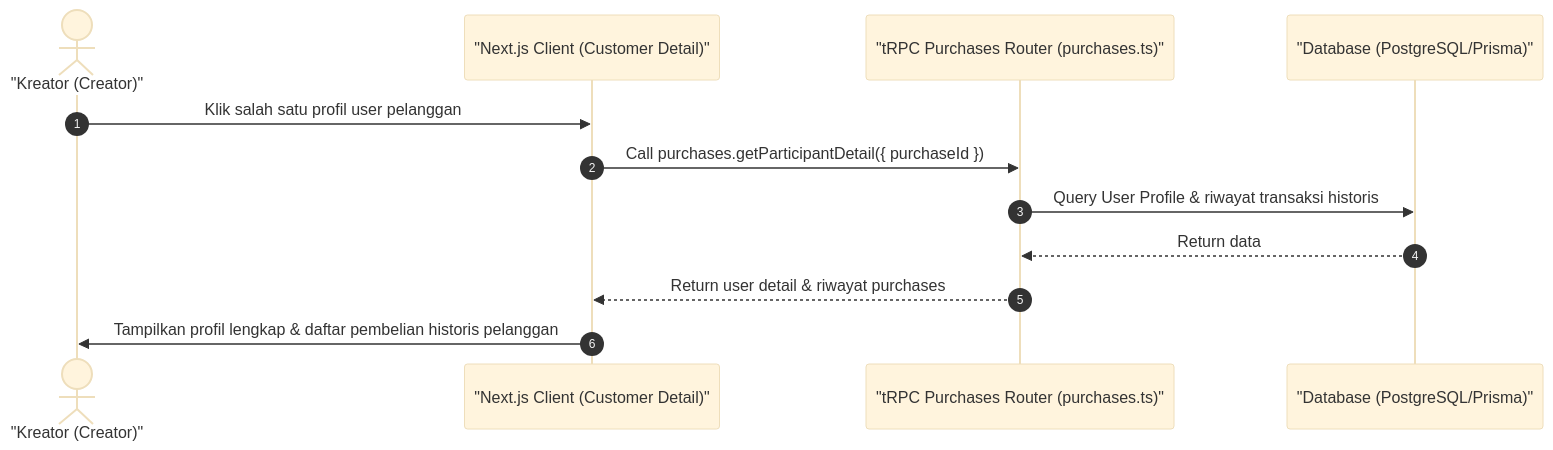
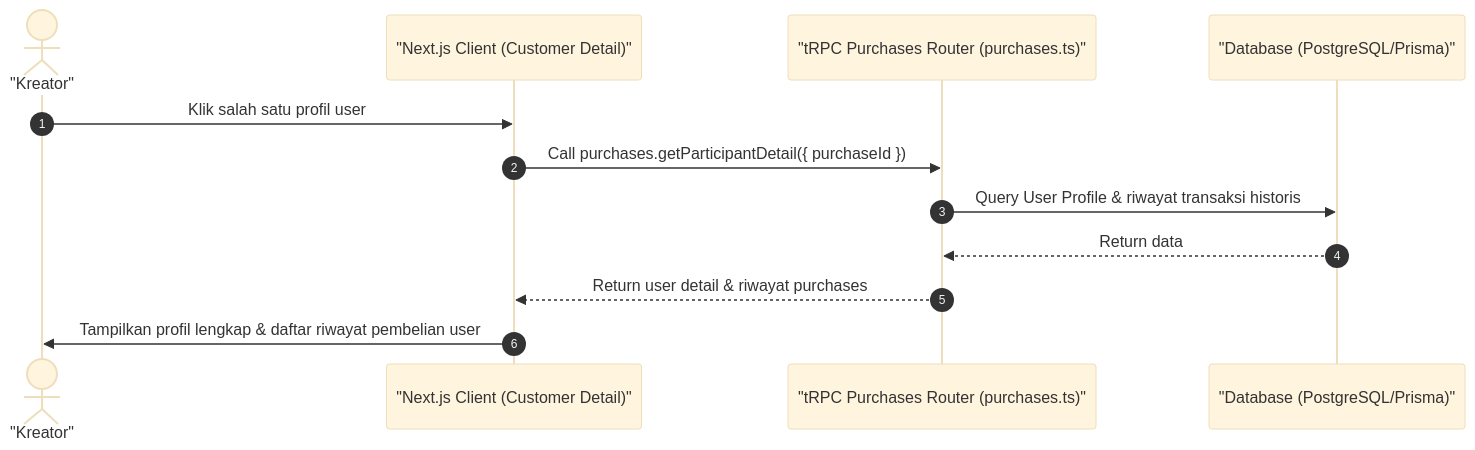
One commit to luputer/CuanIN changed the diagram in docs/26-creator-user-detail.md. Above: the diagram before and after it, drawn with Mermaid (base theme). The commit also changed 53 other files, not shown here.

````diff
--- a/docs/26-creator-user-detail.md
+++ b/docs/26-creator-user-detail.md
@@ -5,16 +5,16 @@
 ```mermaid
 sequenceDiagram
     autonumber
-    actor Creator as "Kreator (Creator)"
+    actor Creator as "Kreator"
     participant Client as "Next.js Client (Customer Detail)"
     participant Server as "tRPC Purchases Router (purchases.ts)"
     participant DB as "Database (PostgreSQL/Prisma)"
 
-    Creator->>Client: Klik salah satu profil user pelanggan
+    Creator->>Client: Klik salah satu profil user
     Client->>Server: Call purchases.getParticipantDetail({ purchaseId })
     Server->>DB: Query User Profile & riwayat transaksi historis
     DB-->>Server: Return data
     Server-->>Client: Return user detail & riwayat purchases
-    Client->>Creator: Tampilkan profil lengkap & daftar pembelian historis pelanggan
+    Client->>Creator: Tampilkan profil lengkap & daftar riwayat pembelian user
 
 ```
````
